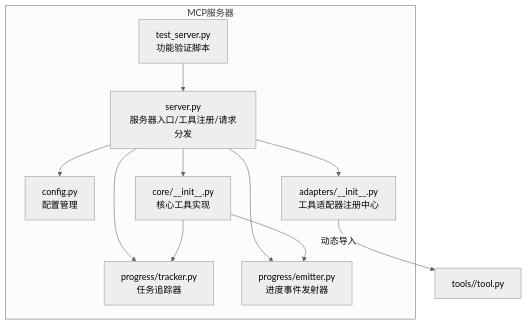
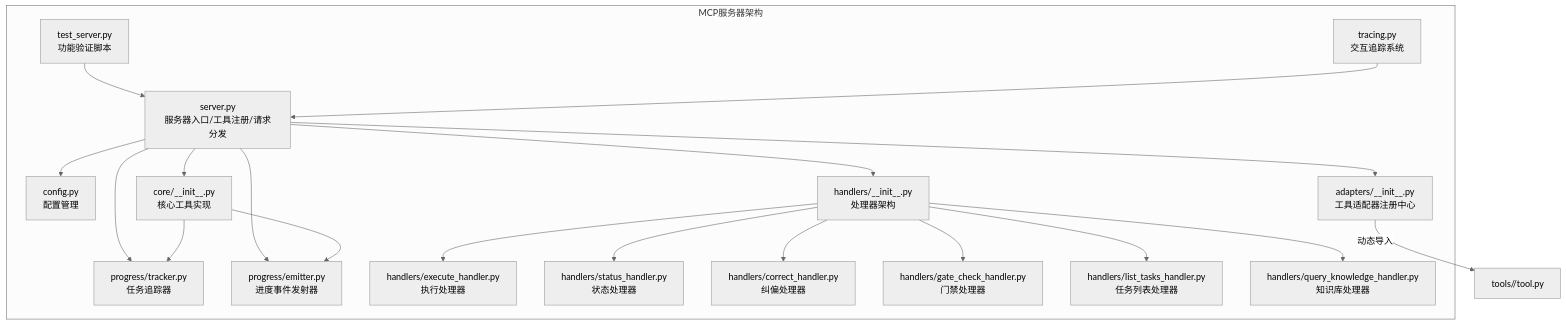
The first of 7 diagrams in .qoder/repowiki/zh/content/MCP服务器系统/MCP服务器系统.md (afcartevil/automated-test-script), drawn with Mermaid (neutral theme) before and after one commit. The commit also changed other lines of this file and 12 other files, not shown here.

````diff
--- a/.qoder/repowiki/zh/content/MCP服务器系统/MCP服务器系统.md
+++ b/.qoder/repowiki/zh/content/MCP服务器系统/MCP服务器系统.md
@@ -52,21 +76,37 @@
 ```mermaid
 graph TB
-subgraph "MCP服务器"
+subgraph "MCP服务器架构"
 S["server.py<br/>服务器入口/工具注册/请求分发"]
 C["config.py<br/>配置管理"]
 CORE["core/__init__.py<br/>核心工具实现"]
 ADP["adapters/__init__.py<br/>工具适配器注册中心"]
 TRK["progress/tracker.py<br/>任务追踪器"]
 EMIT["progress/emitter.py<br/>进度事件发射器"]
+HDLS["handlers/__init__.py<br/>处理器架构"]
+EH["handlers/execute_handler.py<br/>执行处理器"]
+SH["handlers/status_handler.py<br/>状态处理器"]
+CH["handlers/correct_handler.py<br/>纠偏处理器"]
+GCH["handlers/gate_check_handler.py<br/>门禁处理器"]
+LTH["handlers/list_tasks_handler.py<br/>任务列表处理器"]
+QKH["handlers/query_knowledge_handler.py<br/>知识库处理器"]
+TRACE["tracing.py<br/>交互追踪系统"]
 TEST["test_server.py<br/>功能验证脚本"]
 end
 S --> CORE
 S --> ADP
 S --> C
 S --> TRK
 S --> EMIT
+S --> HDLS
+HDLS --> EH
+HDLS --> SH
+HDLS --> CH
+HDLS --> GCH
+HDLS --> LTH
+HDLS --> QKH
 CORE --> TRK
 CORE --> EMIT
 ADP --> |"动态导入"| TOOLS["tools/<tool>/tool.py"]
 TEST --> S
+TRACE --> S
 ```
````
